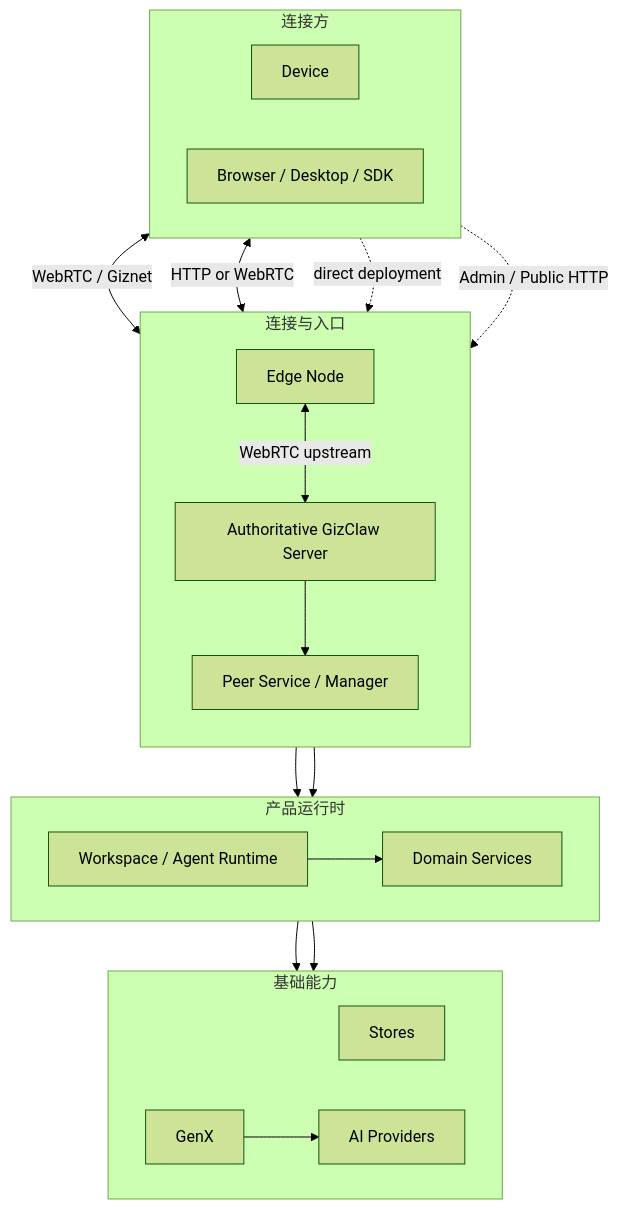
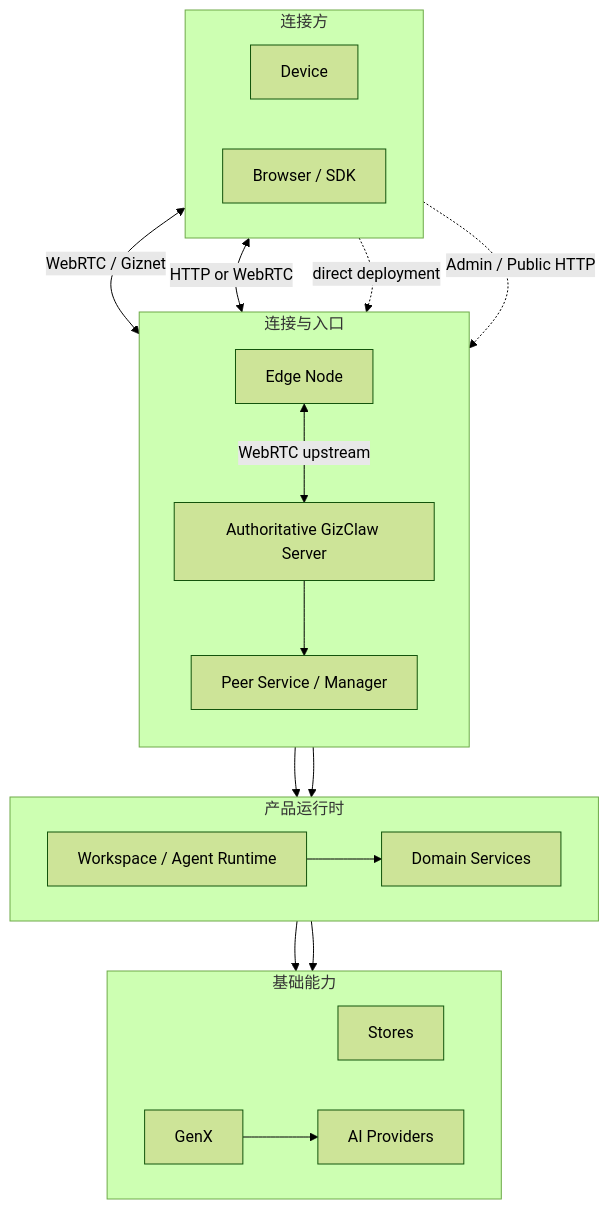
One commit to GizClaw/gizclaw changed the first of 3 diagrams in guides/zh/developing/index.md. Above: the diagram before and after it, drawn with Mermaid (forest theme). The commit also changed other lines of this file and 418 other files, not shown here.

````diff
--- a/guides/zh/developing/index.md
+++ b/guides/zh/developing/index.md
@@ -27,41 +27,41 @@
 ```mermaid
 flowchart TB
     subgraph Clients["连接方"]
         direction LR
         Device["Device"]
-        Browser["Browser / Desktop / SDK"]
+        Browser["Browser / SDK"]
     end
 
     subgraph Ingress["连接与入口"]
         direction TB
         Edge["Edge Node"]
         Server["Authoritative GizClaw Server"]
         Peer["Peer Service / Manager"]
     end
 
     subgraph Product["产品运行时"]
         direction LR
         Domains["Domain Services"]
         Runtime["Workspace / Agent Runtime"]
     end
 
     subgraph Foundations["基础能力"]
         direction LR
         Stores["Stores"]
         GenX["GenX"]
         Providers["AI Providers"]
     end
 
     Device <-->|"WebRTC / Giznet"| Edge
     Browser <-->|"HTTP or WebRTC"| Edge
     Edge <-->|"WebRTC upstream"| Server
     Device -. "direct deployment" .-> Server
     Browser -. "Admin / Public HTTP" .-> Server
     Server --> Peer
     Peer --> Domains
     Peer --> Runtime
     Runtime --> Domains
     Domains --> Stores
     Runtime --> GenX
     GenX --> Providers
 ```
````
